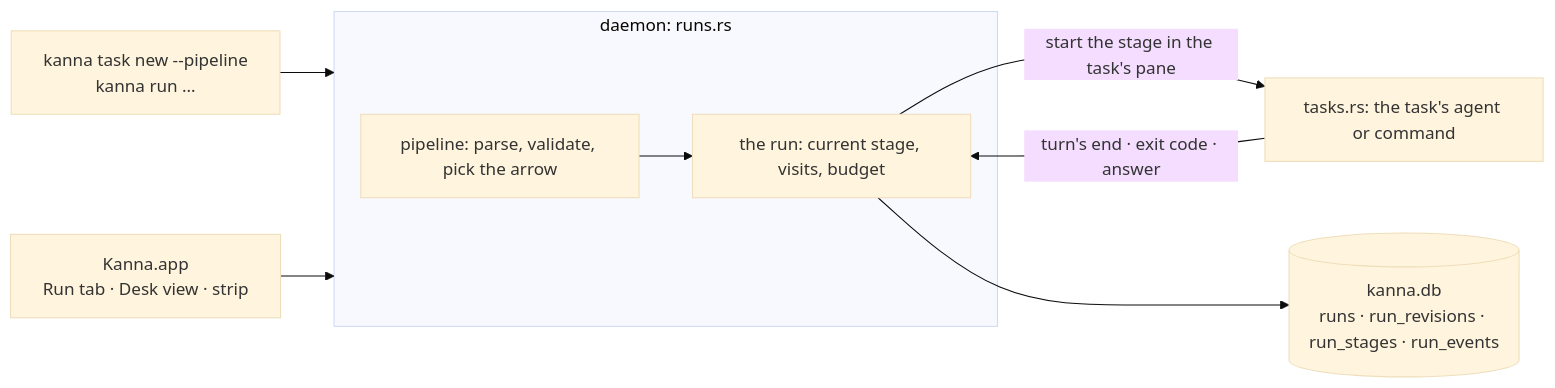
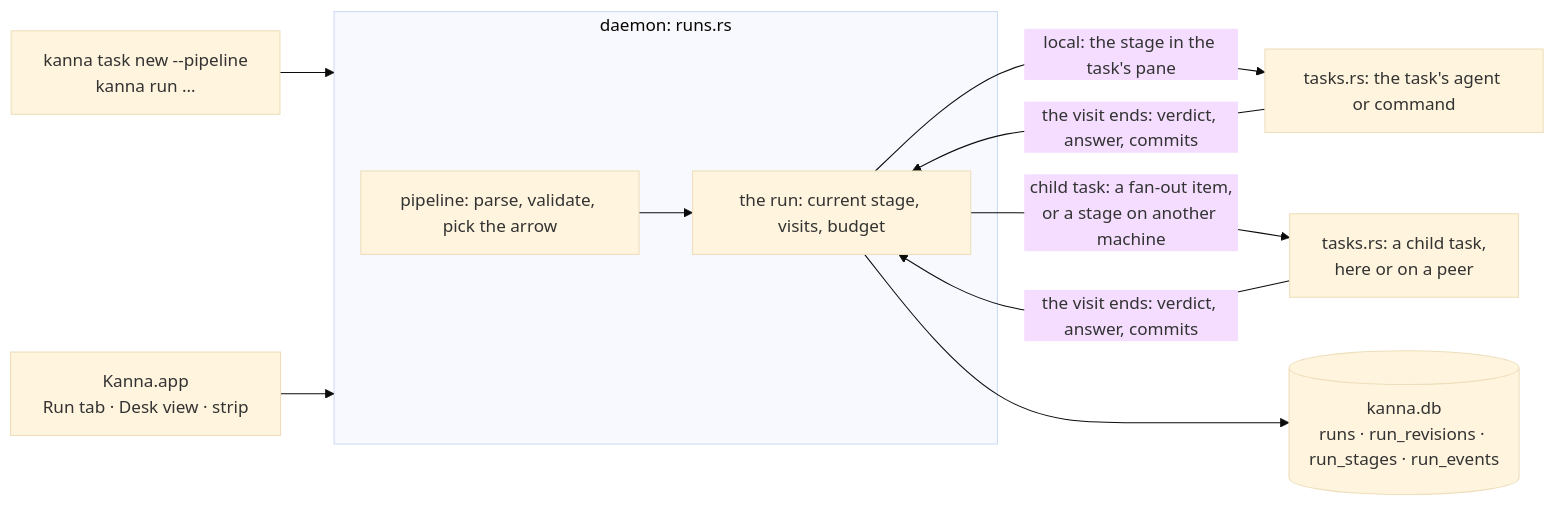
Before and after one commit to tampopogk/kanna: the second of 4 diagrams in docs/specs/software-factory.md, drawn with Mermaid (base theme). The commit also changed other lines of this file and 12 other files, not shown here.

````diff
--- a/docs/specs/software-factory.md
+++ b/docs/specs/software-factory.md
@@ -47,13 +47,14 @@
 ```mermaid
 flowchart LR
     CLI["kanna task new --pipeline<br/>kanna run …"] --> D
     APP["Kanna.app<br/>Run tab · Desk view · strip"] --> D
     subgraph D["daemon: runs.rs"]
         PIPE["pipeline: parse, validate, pick the arrow"]
         RUN["the run: current stage, visits, budget"]
         PIPE --> RUN
     end
-    RUN -->|"start the stage in the task's pane"| T["tasks.rs: the task's agent or command"]
-    T -->|"turn's end · exit code · answer"| RUN
+    RUN -->|"local: the stage in the task's pane"| T["tasks.rs: the task's agent or command"]
+    RUN -->|"child task: a fan-out item,<br/>or a stage on another machine"| C["tasks.rs: a child task,<br/>here or on a peer"]
+    T & C -->|"the visit ends: verdict, answer, commits"| RUN
     RUN --> DB[("kanna.db<br/>runs · run_revisions · run_stages · run_events")]
 ```
````
